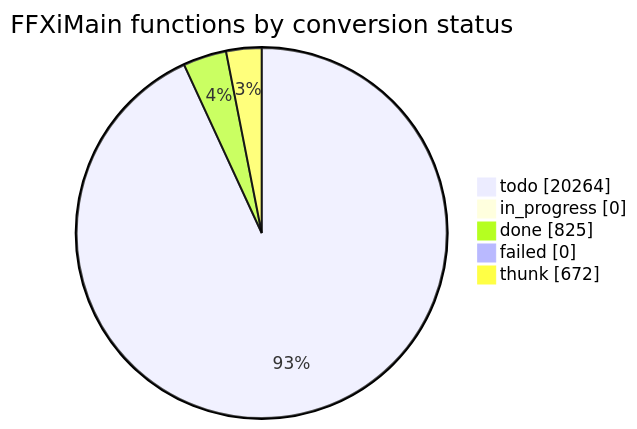
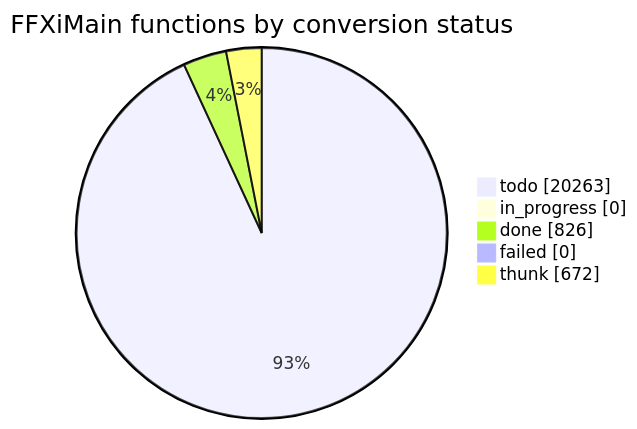
One commit to cowrevenge/cow_kuluu_xi_anything changed the diagram in docs/cow/STATUS.md. Above: the diagram before and after it, drawn with Mermaid. The commit also changed other lines of this file and 9 other files, not shown here.

````diff
--- a/docs/cow/STATUS.md
+++ b/docs/cow/STATUS.md
@@ -18,9 +18,9 @@
 ```mermaid
 pie showData
     title FFXiMain functions by conversion status
-    "todo" : 20264
+    "todo" : 20263
     "in_progress" : 0
-    "done" : 825
+    "done" : 826
     "failed" : 0
     "thunk" : 672
 ```
````
